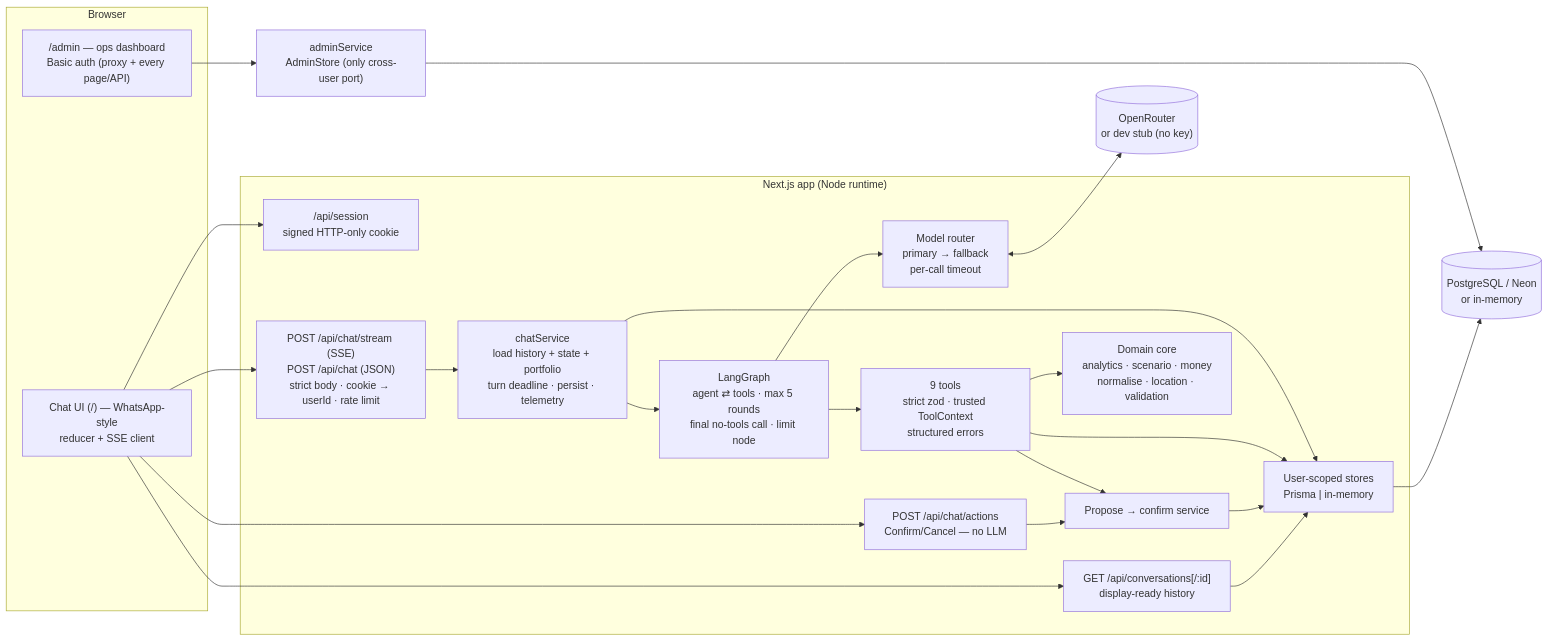
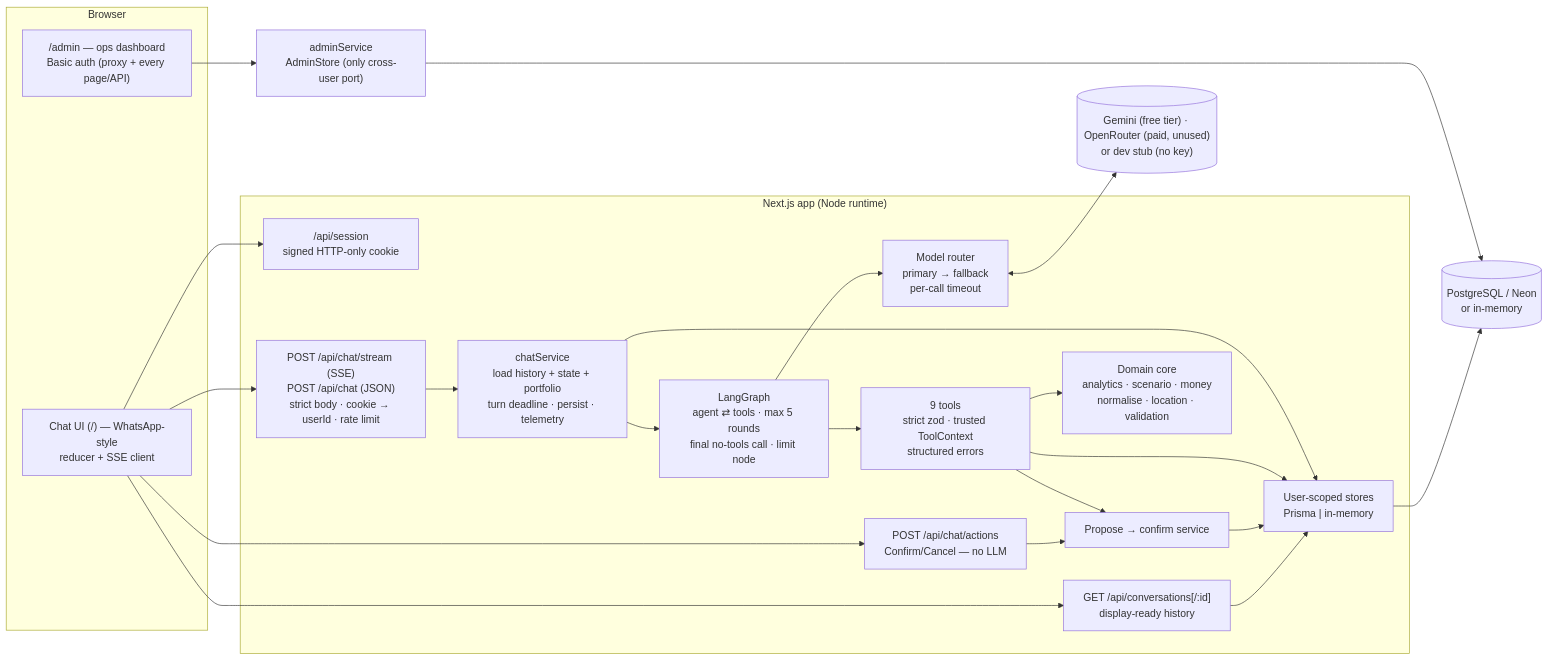
One commit to Vivek24051/ai-portfolio-analyst changed the first of 2 diagrams in docs/architecture.md. Above: the diagram before and after it, drawn with Mermaid. The commit also changed 18 other files, not shown here.

First line of the commit message:
feat: optional free-tier Gemini provider, readable dev-stub replies, list rendering fix

````diff
--- a/docs/architecture.md
+++ b/docs/architecture.md
@@ -5,35 +5,35 @@
 ```mermaid
 flowchart LR
   subgraph Browser
     Chat["Chat UI (/) — WhatsApp-style<br/>reducer + SSE client"]
     Admin["/admin — ops dashboard<br/>Basic auth (proxy + every page/API)"]
   end
 
   subgraph Next["Next.js app (Node runtime)"]
     Session["/api/session<br/>signed HTTP-only cookie"]
     API["POST /api/chat/stream (SSE)<br/>POST /api/chat (JSON)<br/>strict body · cookie → userId · rate limit"]
     Hist["GET /api/conversations[/:id]<br/>display-ready history"]
     Btn["POST /api/chat/actions<br/>Confirm/Cancel — no LLM"]
     Svc["chatService<br/>load history + state + portfolio<br/>turn deadline · persist · telemetry"]
     Graph["LangGraph<br/>agent ⇄ tools · max 5 rounds<br/>final no-tools call · limit node"]
     Router["Model router<br/>primary → fallback<br/>per-call timeout"]
     Tools["9 tools<br/>strict zod · trusted ToolContext<br/>structured errors"]
     Domain["Domain core<br/>analytics · scenario · money<br/>normalise · location · validation"]
     Actions["Propose → confirm service"]
     Stores["User-scoped stores<br/>Prisma | in-memory"]
   end
 
-  LLM[("OpenRouter<br/>or dev stub (no key)")]
+  LLM[("Gemini (free tier) · OpenRouter (paid, unused)<br/>or dev stub (no key)")]
   DB[("PostgreSQL / Neon<br/>or in-memory")]
 
   Chat --> Session
   Chat --> API --> Svc --> Graph
   Chat --> Hist --> Stores
   Chat --> Btn --> Actions
   Graph --> Router <--> LLM
   Graph --> Tools --> Domain
   Tools --> Actions --> Stores
   Tools --> Stores
   Svc --> Stores --> DB
   Admin --> AdminSvc["adminService<br/>AdminStore (only cross-user port)"] --> DB
 ```
````
